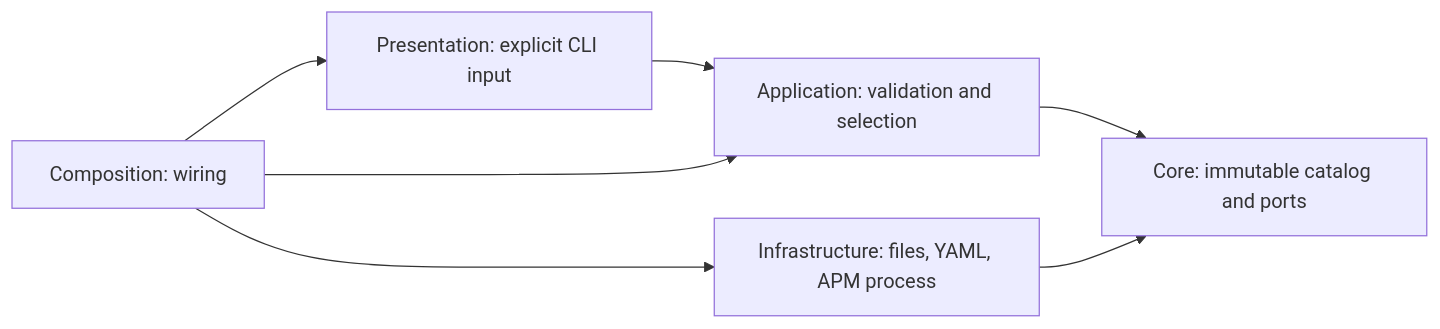
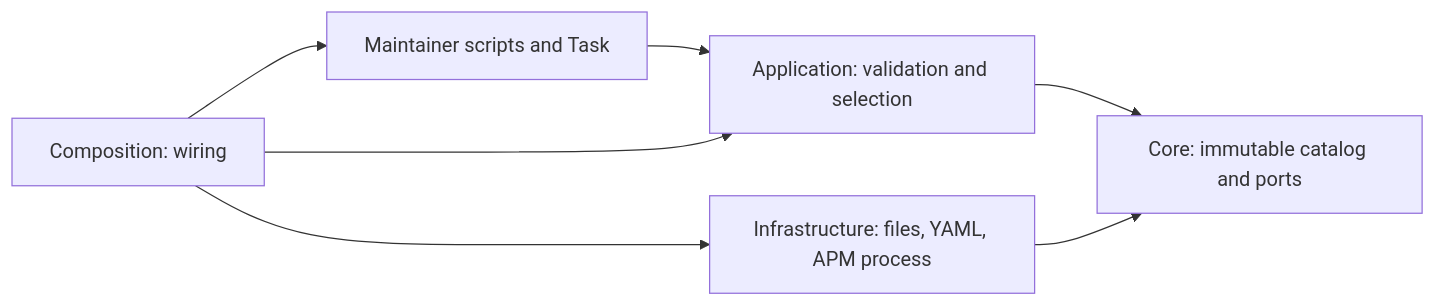
The diagram in .agents/knowledge-base/architecture.md (lfr-ai/agent-kit), drawn with Mermaid before and after one commit. The commit also changed other lines of this file and 209 other files, not shown here.

````diff
--- a/.agents/knowledge-base/architecture.md
+++ b/.agents/knowledge-base/architecture.md
@@ -7,9 +7,9 @@
 ```mermaid
 flowchart LR
-    CLI["Presentation: explicit CLI input"] --> APP["Application: validation and selection"]
+    S["Maintainer scripts and Task"] --> APP["Application: validation and selection"]
     APP --> CORE["Core: immutable catalog and ports"]
     IO["Infrastructure: files, YAML, APM process"] --> CORE
-    W["Composition: wiring"] --> CLI
+    W["Composition: wiring"] --> S
     W --> APP
     W --> IO
 ```
````
